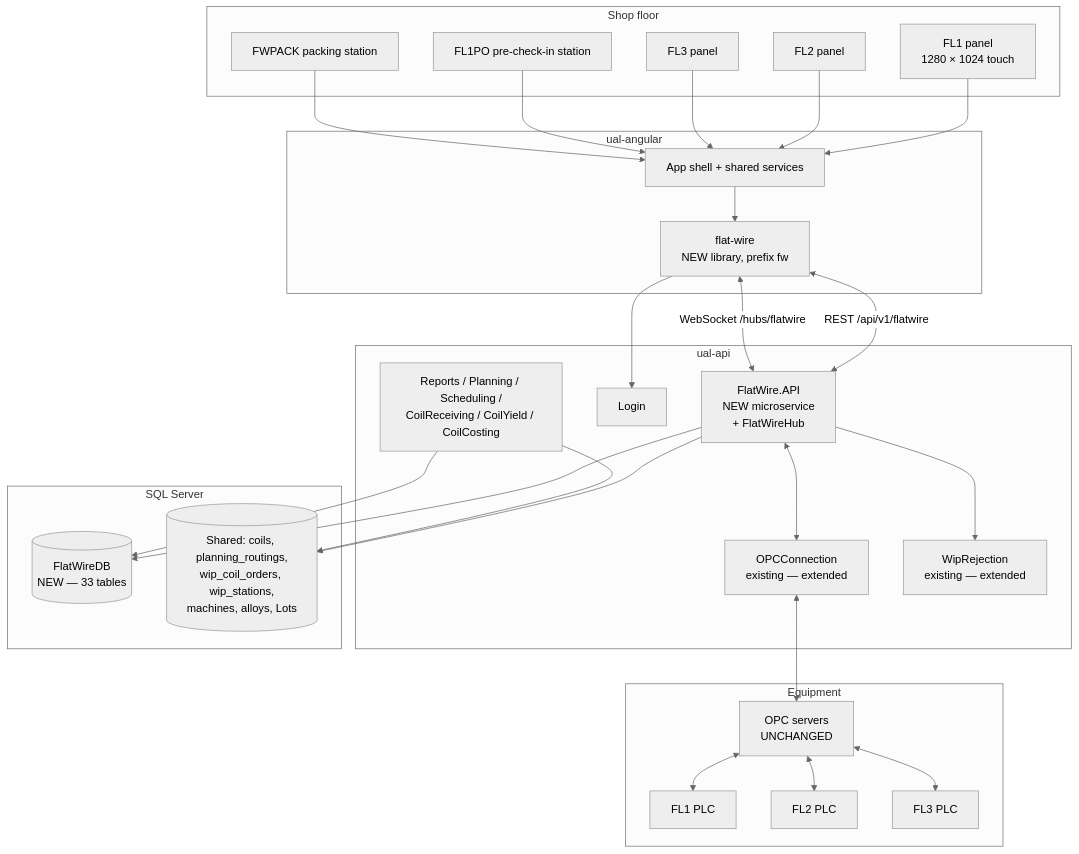
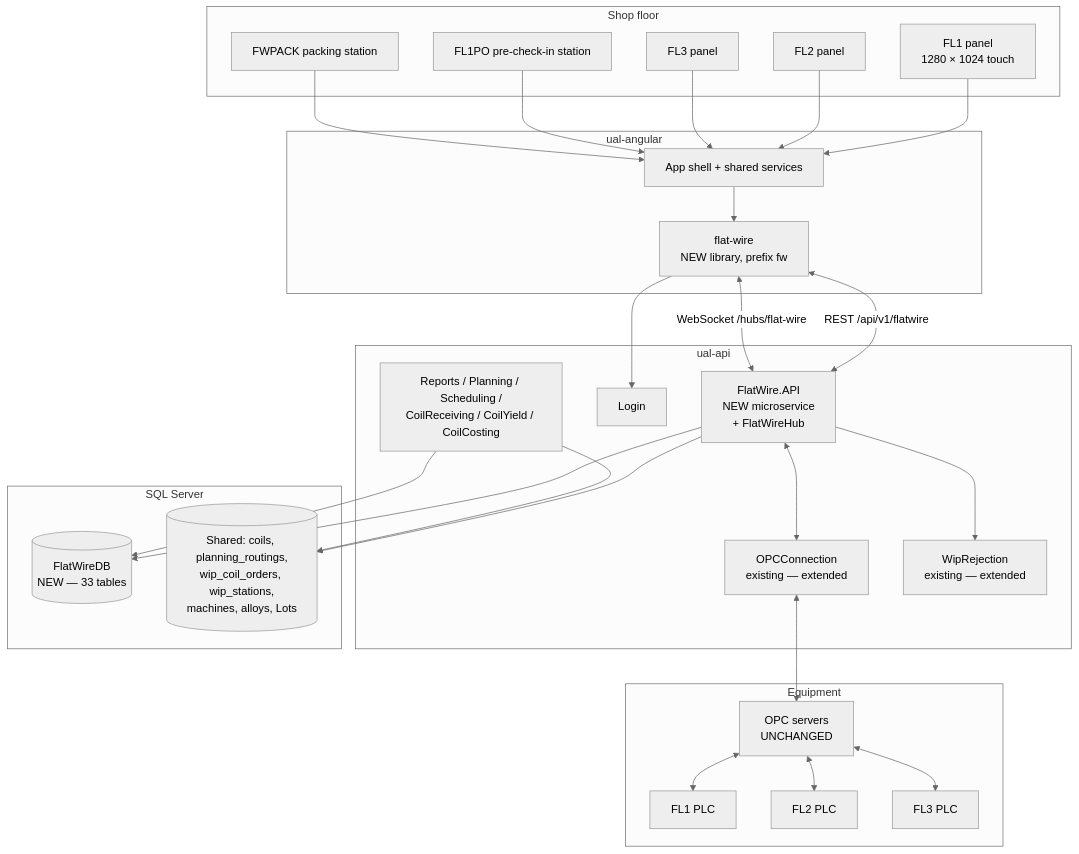
Before and after one commit to UnitedAluminum/Flatwire-planning: the first of 2 diagrams in 20-architecture/Architecture.md, drawn with Mermaid (neutral theme). The commit also changed other lines of this file and 36 other files, not shown here.

````diff
--- a/20-architecture/Architecture.md
+++ b/20-architecture/Architecture.md
@@ -18,45 +18,45 @@
 ```mermaid
 flowchart TB
   subgraph FLOOR["Shop floor"]
     P1["FL1 panel<br/>1280 × 1024 touch"]
     P2["FL2 panel"]
     P3["FL3 panel"]
     POS["FL1PO pre-check-in station"]
     PK["FWPACK packing station"]
   end
   subgraph EQUIP["Equipment"]
     PLC1["FL1 PLC"]
     PLC2["FL2 PLC"]
     PLC3["FL3 PLC"]
     OPC["OPC servers<br/>UNCHANGED"]
   end
   subgraph ANG["ual-angular"]
     SHELL["App shell + shared services"]
     LIB["flat-wire<br/>NEW library, prefix fw"]
   end
   subgraph API["ual-api"]
     FW["FlatWire.API<br/>NEW microservice<br/>+ FlatWireHub"]
     OPCC["OPCConnection<br/>existing — extended"]
     LOGIN["Login"]
     WIPR["WipRejection<br/>existing — extended"]
     REPT["Reports / Planning / Scheduling /<br/>CoilReceiving / CoilYield / CoilCosting"]
   end
   subgraph DATA["SQL Server"]
     FWDB[("FlatWireDB<br/>NEW — 33 tables")]
     SHARED[("Shared: coils, planning_routings,<br/>wip_coil_orders, wip_stations,<br/>machines, alloys, Lots")]
   end
 
   P1 & P2 & P3 & POS & PK --> SHELL
   SHELL --> LIB
   LIB <-->|"REST /api/v1/flatwire"| FW
-  LIB <-->|"WebSocket /hubs/flatwire"| FW
+  LIB <-->|"WebSocket /hubs/flat-wire"| FW
   LIB --> LOGIN
   FW --> FWDB
   FW --> SHARED
   FW <--> OPCC
   OPCC <--> OPC
   OPC <--> PLC1 & PLC2 & PLC3
   FW --> WIPR
   REPT --> FWDB
   REPT --> SHARED
 ```
````
